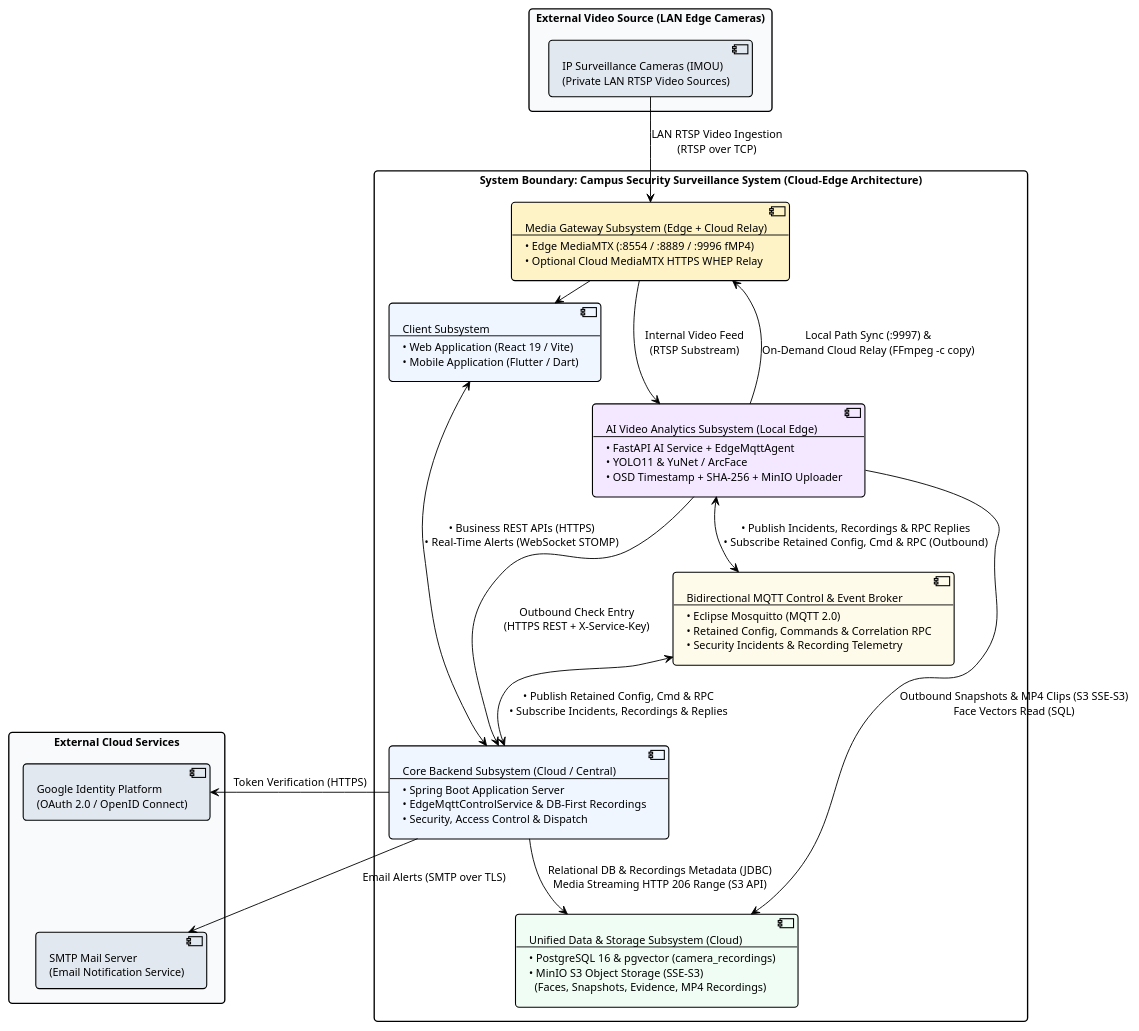
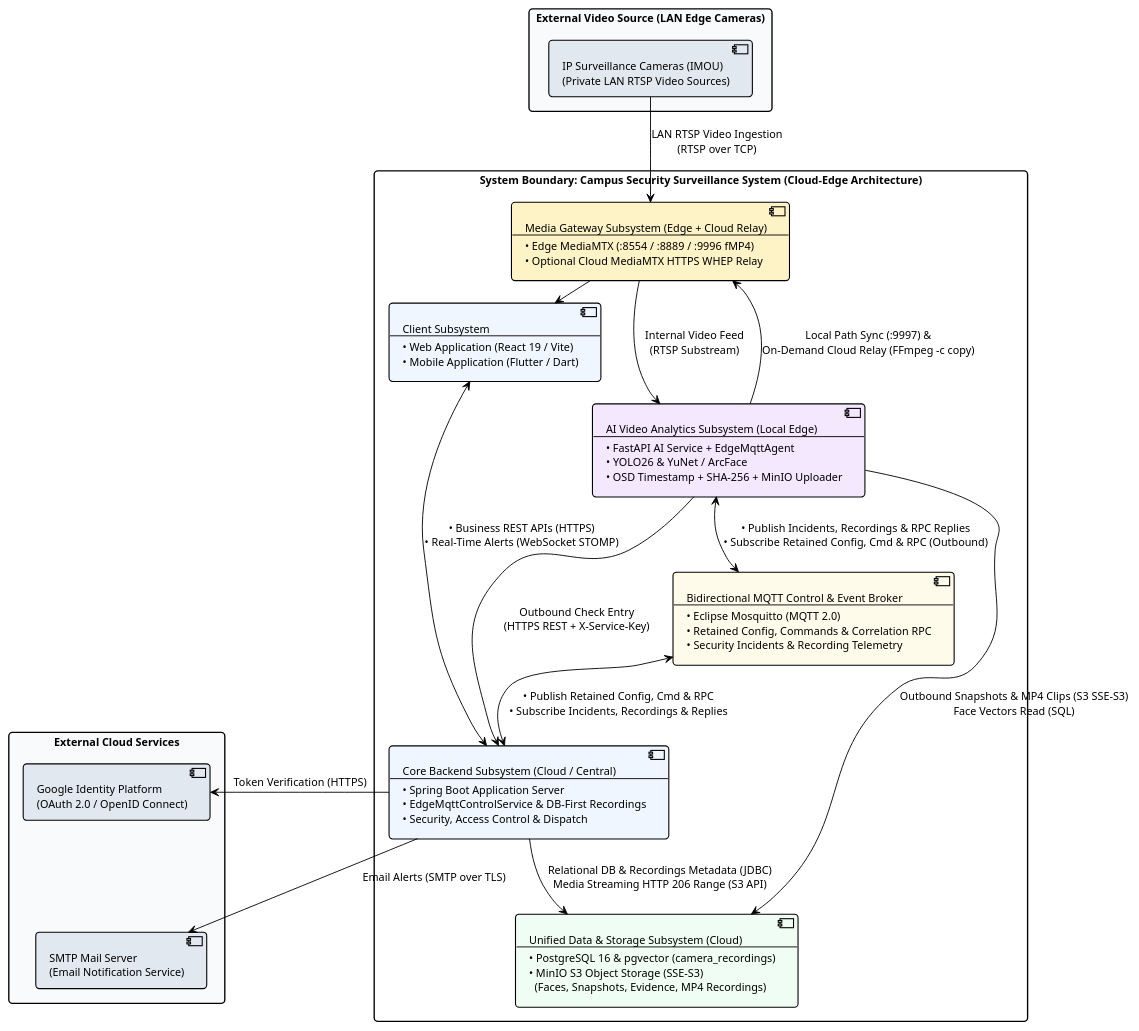
One commit to AnhHao2505/AI-Based-Intelligent-Campus-Security-Surveillance-System changed the diagram in docs/diagrams/system_architecture.puml. Above: the diagram before and after it, drawn with PlantUML. The commit also changed 10 other files, not shown here.

Commit message:
docs(architecture): update physical architecture, activity diagrams and container configs

```diff
--- a/docs/diagrams/system_architecture.puml
+++ b/docs/diagrams/system_architecture.puml
@@ -1,90 +1,90 @@
 @startuml system_architecture
 !theme plain
 skinparam backgroundColor #FFFFFF
 skinparam defaultFontName Arial
 skinparam defaultFontSize 12
 skinparam roundCorner 8
 skinparam shadowing false
 skinparam packageStyle rectangle
 
 skinparam nodesep 50
 skinparam ranksep 50
 
 skinparam rectangle {
     BorderThickness 1.5
 }
 
 skinparam component {
     BorderThickness 1.2
 }
 
 ' ============================================================================
 ' 1. EXTERNAL VIDEO SOURCE (TOP)
 ' ============================================================================
 package "External Video Source (LAN Edge Cameras)" as ExtSources #F8FAFC {
     component "IP Surveillance Cameras (IMOU)\n(Private LAN RTSP Video Sources)" as ExtCameras #E2E8F0
 }
 
 ' ============================================================================
 ' 2. SYSTEM BOUNDARY: CAMPUS SECURITY SURVEILLANCE SYSTEM (CLOUD-EDGE)
 ' ============================================================================
 package "System Boundary: Campus Security Surveillance System (Cloud-Edge Architecture)" as SysBoundary #FFFFFF {
 
     ' Top Tier: Ingestion & Presentation
     component "Media Gateway Subsystem (Edge + Cloud Relay)\n--\n• Edge MediaMTX (:8554 / :8889 / :9996 fMP4)\n• Optional Cloud MediaMTX HTTPS WHEP Relay" as MediaGateway #FEF3C7
 
     component "Client Subsystem\n--\n• Web Application (React 19 / Vite)\n• Mobile Application (Flutter / Dart)" as ClientSubsys #EFF6FF
 
     ' Middle Tier: Processing & Event Pipeline
-    component "AI Video Analytics Subsystem (Local Edge)\n--\n• FastAPI AI Service + EdgeMqttAgent\n• YOLO11 & YuNet / ArcFace\n• OSD Timestamp + SHA-256 + MinIO Uploader" as AISubsys #F3E8FF
+    component "AI Video Analytics Subsystem (Local Edge)\n--\n• FastAPI AI Service + EdgeMqttAgent\n• YOLO26 & YuNet / ArcFace\n• OSD Timestamp + SHA-256 + MinIO Uploader" as AISubsys #F3E8FF
 
     component "Bidirectional MQTT Control & Event Broker\n--\n• Eclipse Mosquitto (MQTT 2.0)\n• Retained Config, Commands & Correlation RPC\n• Security Incidents & Recording Telemetry" as MqttSubsys #FFFBEB
 
     component "Core Backend Subsystem (Cloud / Central)\n--\n• Spring Boot Application Server\n• EdgeMqttControlService & DB-First Recordings\n• Security, Access Control & Dispatch" as BackendSubsys #EFF6FF
 
     ' Bottom Tier: Persistence & Storage
     component "Unified Data & Storage Subsystem (Cloud)\n--\n• PostgreSQL 16 & pgvector (camera_recordings)\n• MinIO S3 Object Storage (SSE-S3)\n  (Faces, Snapshots, Evidence, MP4 Recordings)" as StorageSubsys #F0FDF4
 }
 
 ' ============================================================================
 ' 3. EXTERNAL CLOUD SERVICES (RIGHT - VERTICAL ALIGNMENT)
 ' ============================================================================
 package "External Cloud Services" as ExtServices #F8FAFC {
     component "Google Identity Platform\n(OAuth 2.0 / OpenID Connect)" as ExtGoogle #E2E8F0
     component "SMTP Mail Server\n(Email Notification Service)" as ExtMail #E2E8F0
 }
 
 ' Enforce vertical stacking for External Cloud Services
 ExtGoogle -[hidden]down-> ExtMail
 
 ' ============================================================================
 ' STREAMLINED DATA FLOWS & PROTOCOLS (100% OUTBOUND-ONLY FROM EDGE)
 ' ============================================================================
 
 ' 1. Video Ingestion from Top into System Boundary
 ExtCameras -down-> MediaGateway : "LAN RTSP Video Ingestion\n(RTSP over TCP)"
 
 ' 2. Media Streaming & Client Distribution
 MediaGateway -right-> ClientSubsys : "Dual-Endpoint Live Preview\n(LAN WHEP / Cloud HTTPS WHEP)"
 MediaGateway -down-> AISubsys : "Internal Video Feed\n(RTSP Substream)"
 AISubsys -up-> MediaGateway : "Local Path Sync (:9997) &\nOn-Demand Cloud Relay (FFmpeg -c copy)"
 
 ' 3. Client & Core Backend Communication
 ClientSubsys <--> BackendSubsys : "• Business REST APIs (HTTPS)\n• Real-Time Alerts (WebSocket STOMP)"
 
 ' 4. Outbound-Only Edge-to-Cloud Access Check
 AISubsys -right-> BackendSubsys : "Outbound Check Entry\n(HTTPS REST + X-Service-Key)"
 
 ' 5. Bidirectional Outbound-Only MQTT Control & Event Plane
 AISubsys <--> MqttSubsys : "• Publish Incidents, Recordings & RPC Replies\n• Subscribe Retained Config, Cmd & RPC (Outbound)"
 MqttSubsys <--> BackendSubsys : "• Publish Retained Config, Cmd & RPC\n• Subscribe Incidents, Recordings & Replies"
 
 ' 6. Data Persistence & Unified Object Storage
 AISubsys -down-> StorageSubsys : "Outbound Snapshots & MP4 Clips (S3 SSE-S3)\nFace Vectors Read (SQL)"
 BackendSubsys -down-> StorageSubsys : "Relational DB & Recordings Metadata (JDBC)\nMedia Streaming HTTP 206 Range (S3 API)"
 
 ' 7. External Cloud Integrations (Right side)
 BackendSubsys -right-> ExtGoogle : "Token Verification (HTTPS)"
 BackendSubsys -right-> ExtMail : "Email Alerts (SMTP over TLS)"
 
 @enduml
```
